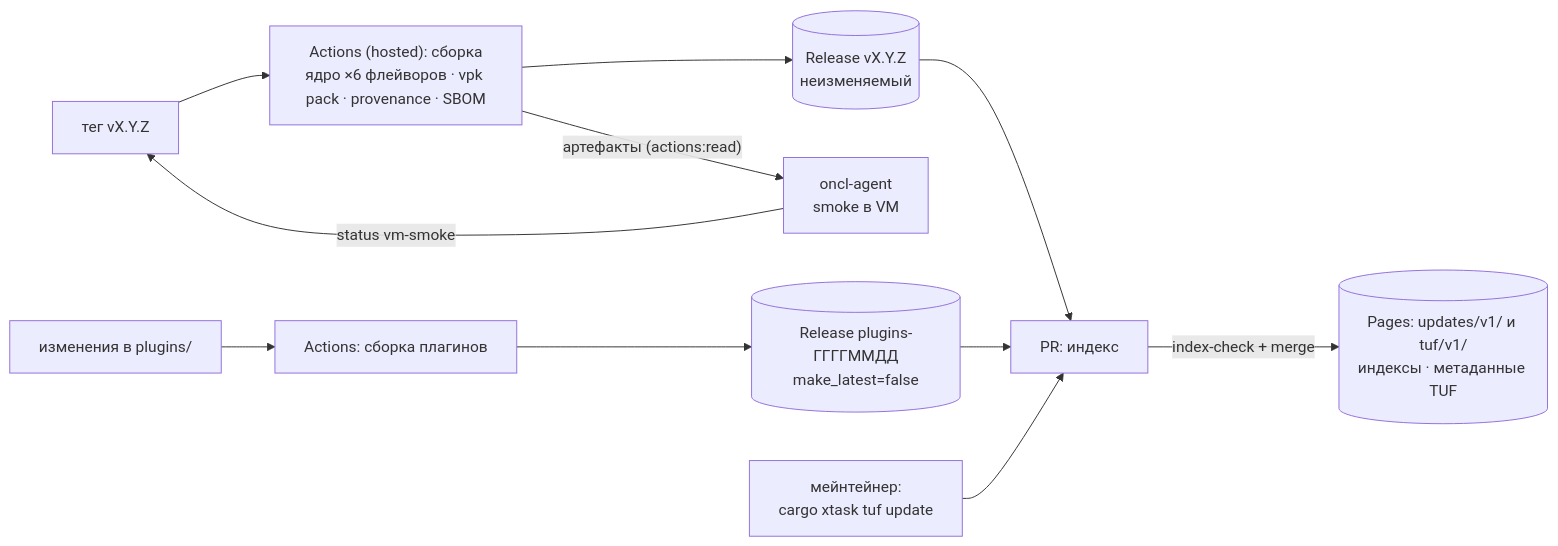
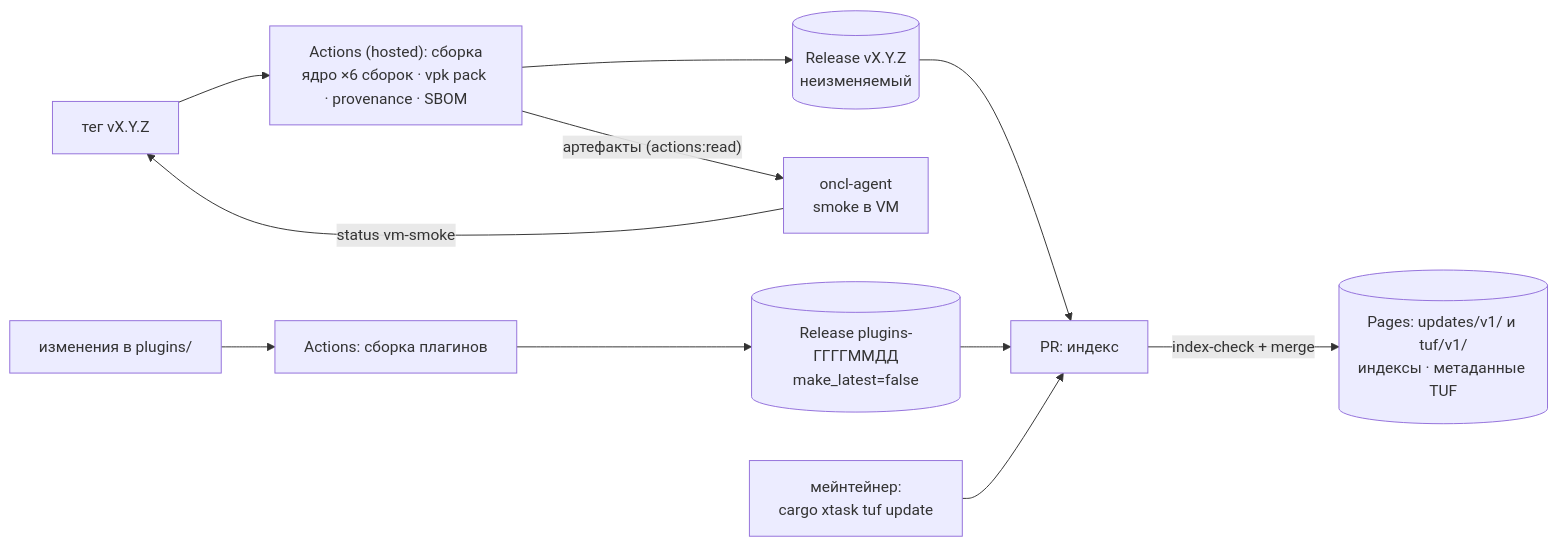
Before and after one commit to arynyklas/OpenNCALayer: the second of 2 diagrams in docs/design/roadmap.md, drawn with Mermaid. The commit also changed other lines of this file and 41 other files, not shown here.

````diff
--- a/docs/design/roadmap.md
+++ b/docs/design/roadmap.md
@@ -116,11 +114,11 @@
 ```mermaid
 flowchart LR
-  TAG["тег vX.Y.Z"] --> CI["Actions (hosted): сборка<br/>ядро ×6 флейворов · vpk pack · provenance · SBOM"]
+  TAG["тег vX.Y.Z"] --> CI["Actions (hosted): сборка<br/>ядро ×6 сборок · vpk pack · provenance · SBOM"]
   CI --> REL[("Release vX.Y.Z<br/>неизменяемый")]
   CI -- "артефакты (actions:read)" --> AG["oncl-agent<br/>smoke в VM"]
   AG -- "status vm-smoke" --> TAG
   PL["изменения в plugins/"] --> CIP["Actions: сборка плагинов"] --> RELP[("Release plugins-ГГГГММДД<br/>make_latest=false")]
   REL & RELP --> IDX["PR: индекс"]
   DEV["мейнтейнер:<br/>cargo xtask tuf update"] --> IDX
   IDX -- "index-check + merge" --> PAGES[("Pages: updates/v1/ и tuf/v1/<br/>индексы · метаданные TUF")]
 ```
````
